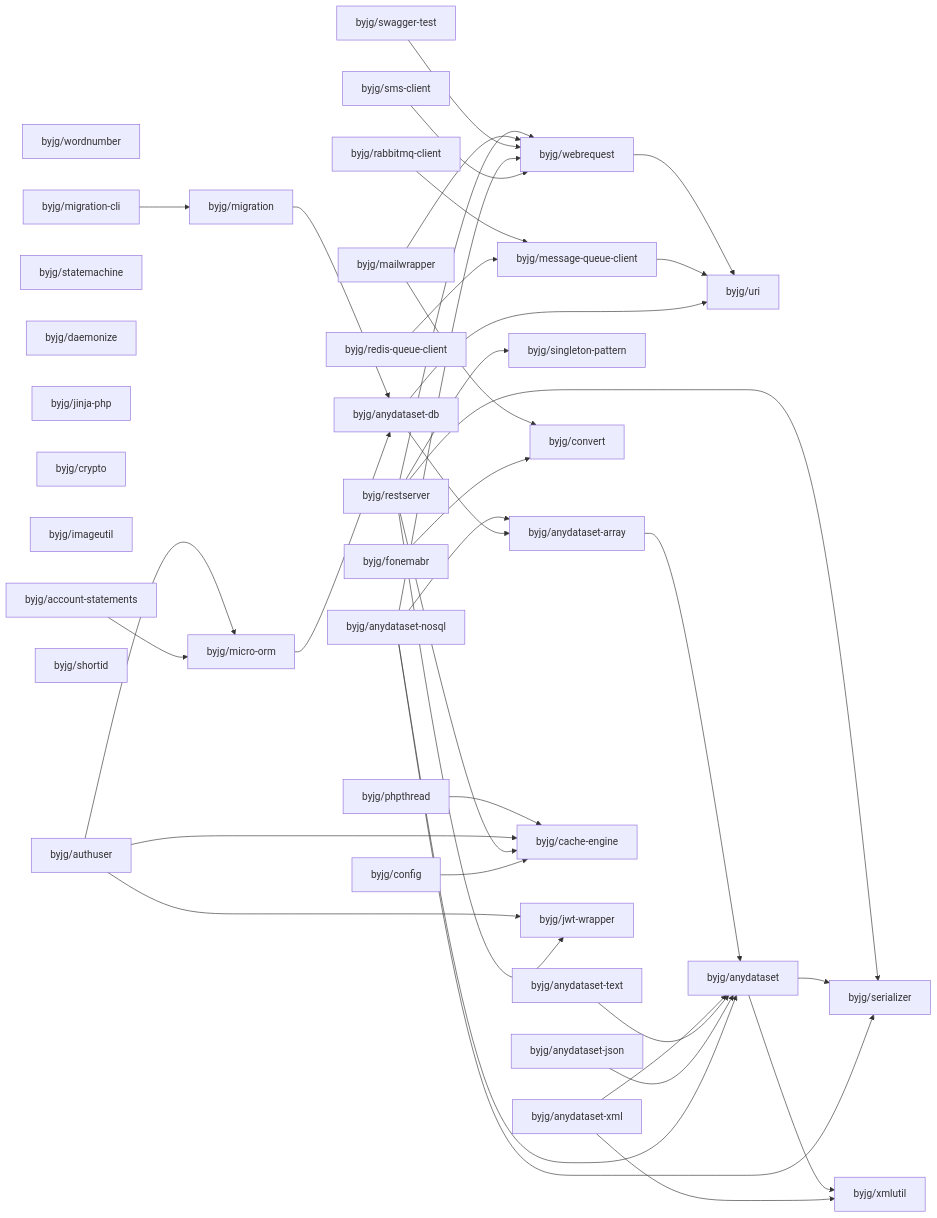
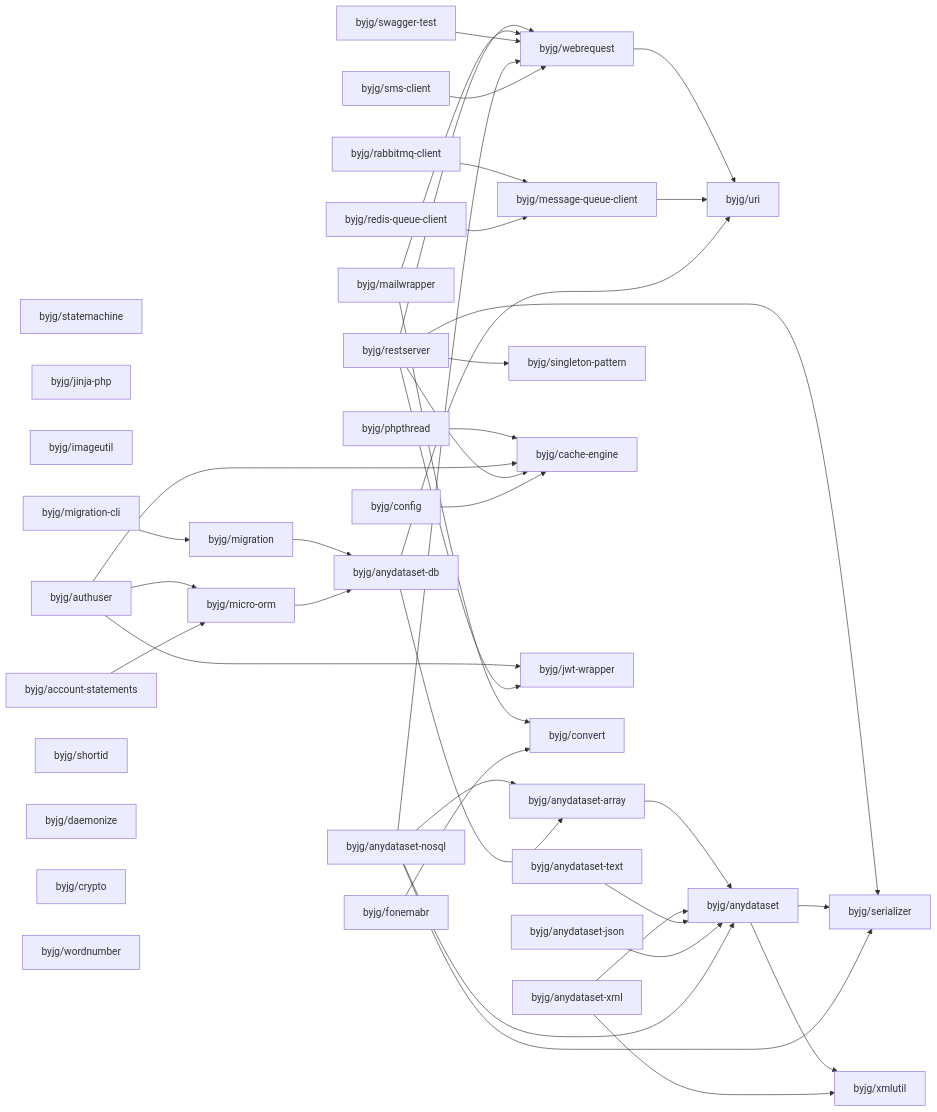
Before and after one commit to byjg/byjg.github.io: the diagram in docs/php/README.md, drawn with Mermaid. The commit also changed other lines of this file and 4 other files, not shown here.

Commit message:
Update documentation 'php' 'php-anydataset-nosql'

````diff
--- a/docs/php/README.md
+++ b/docs/php/README.md
@@ -3,76 +3,76 @@
 ```mermaid
 graph LR;
-  byjg/anydataset-nosql;
-  byjg/wordnumber;
+  byjg/redis-queue-client;
+  byjg/rabbitmq-client;
+  byjg/config;
+  byjg/statemachine;
+  byjg/fonemabr;
+  byjg/jinja-php;
+  byjg/imageutil;
+  byjg/authuser;
+  byjg/phpthread;
+  byjg/anydataset-text;
   byjg/migration-cli;
-  byjg/sms-client;
-  byjg/statemachine;
-  byjg/anydataset-text;
+  byjg/account-statements;
+  byjg/swagger-test;
+  byjg/anydataset-json;
+  byjg/shortid;
   byjg/daemonize;
-  byjg/restserver;
-  byjg/rabbitmq-client;
-  byjg/swagger-test;
-  byjg/jinja-php;
-  byjg/phpthread;
-  byjg/redis-queue-client;
-  byjg/fonemabr;
-  byjg/anydataset-json;
-  byjg/mailwrapper;
-  byjg/config;
   byjg/anydataset-xml;
   byjg/crypto;
-  byjg/imageutil;
-  byjg/account-statements;
-  byjg/shortid;
-  byjg/authuser;
+  byjg/wordnumber;
+  byjg/restserver;
+  byjg/anydataset-nosql;
+  byjg/mailwrapper;
+  byjg/sms-client;
+  byjg/message-queue-client;
   byjg/migration;
+  byjg/micro-orm;
   byjg/singleton-pattern;
-  byjg/message-queue-client;
+  byjg/cache-engine;
+  byjg/jwt-wrapper;
   byjg/convert;
   byjg/webrequest;
-  byjg/micro-orm;
-  byjg/cache-engine;
-  byjg/jwt-wrapper;
   byjg/anydataset-db;
   byjg/anydataset-array;
   byjg/uri;
   byjg/anydataset;
   byjg/serializer;
   byjg/xmlutil;
   byjg/phpthread --> byjg/cache-engine;
   byjg/authuser --> byjg/micro-orm;
   byjg/authuser --> byjg/cache-engine;
   byjg/authuser --> byjg/jwt-wrapper;
   byjg/anydataset-array --> byjg/anydataset;
   byjg/restserver --> byjg/serializer;
   byjg/restserver --> byjg/singleton-pattern;
   byjg/restserver --> byjg/cache-engine;
   byjg/restserver --> byjg/webrequest;
   byjg/restserver --> byjg/jwt-wrapper;
   byjg/mailwrapper --> byjg/convert;
   byjg/mailwrapper --> byjg/webrequest;
   byjg/swagger-test --> byjg/webrequest;
   byjg/migration --> byjg/anydataset-db;
   byjg/account-statements --> byjg/micro-orm;
   byjg/anydataset --> byjg/serializer;
   byjg/anydataset --> byjg/xmlutil;
   byjg/fonemabr --> byjg/convert;
   byjg/anydataset-xml --> byjg/anydataset;
   byjg/anydataset-xml --> byjg/xmlutil;
   byjg/webrequest --> byjg/uri;
   byjg/config --> byjg/cache-engine;
   byjg/migration-cli --> byjg/migration;
   byjg/anydataset-text --> byjg/anydataset;
   byjg/micro-orm --> byjg/anydataset-db;
   byjg/message-queue-client --> byjg/uri;
   byjg/anydataset-json --> byjg/anydataset;
   byjg/anydataset-nosql --> byjg/anydataset;
   byjg/anydataset-nosql --> byjg/anydataset-array;
   byjg/anydataset-nosql --> byjg/serializer;
   byjg/anydataset-nosql --> byjg/webrequest;
   byjg/anydataset-db --> byjg/anydataset-array;
   byjg/anydataset-db --> byjg/uri;
   byjg/rabbitmq-client --> byjg/message-queue-client;
   byjg/redis-queue-client --> byjg/message-queue-client;
   byjg/sms-client --> byjg/webrequest;
 ```
````
